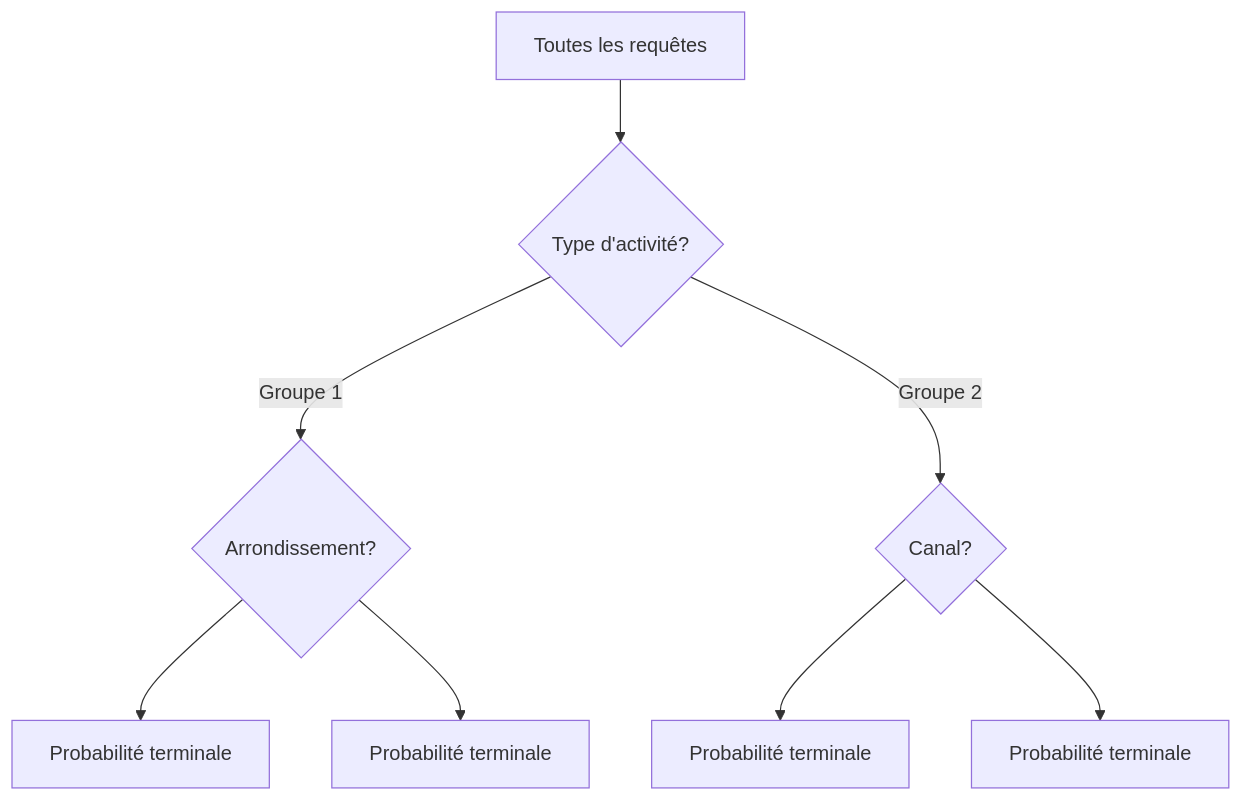
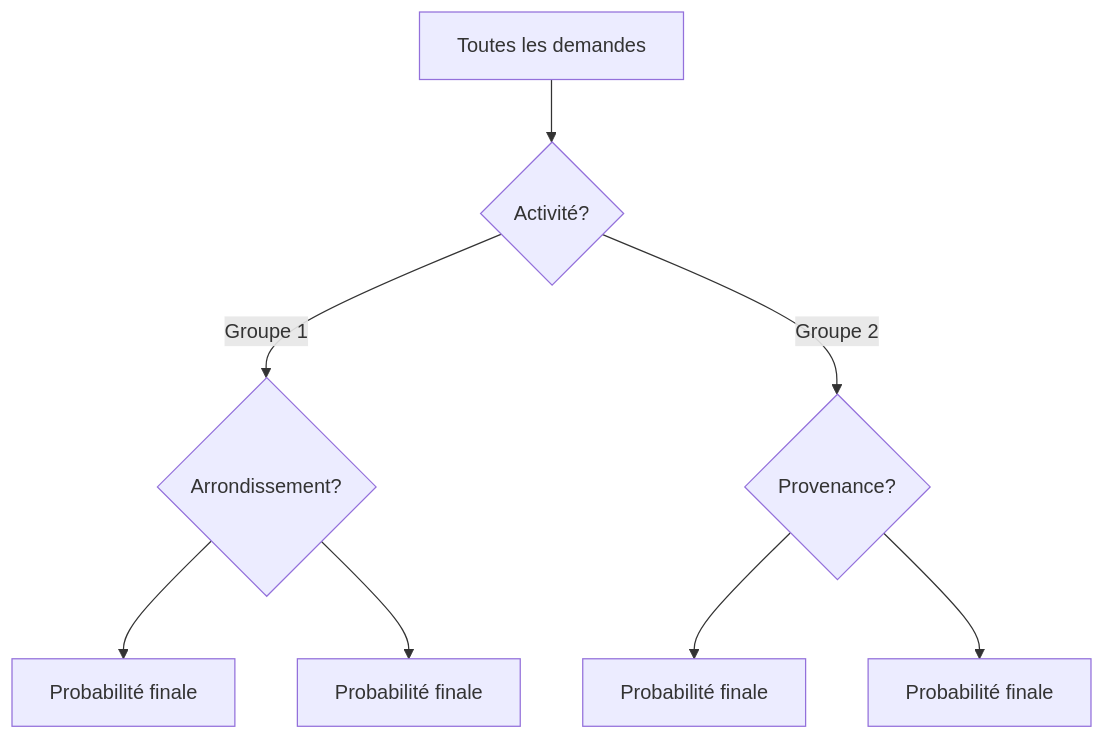
Before and after one commit to AurelienNicosiaULaval/eiom-2026-modelisation: the first of 3 diagrams in jour3/slides.qmd, drawn with Mermaid. The commit also changed other lines of this file and 12 other files, not shown here.

````diff
--- a/jour3/slides.qmd
+++ b/jour3/slides.qmd
@@ -147,10 +410,11 @@
 ```{mermaid}
+%%| echo: false
 flowchart TD
-  A["Toutes les requêtes"] --> B{"Type d'activité?"}
+  A["Toutes les demandes"] --> B{"Activité?"}
   B -->|"Groupe 1"| C{"Arrondissement?"}
-  B -->|"Groupe 2"| D{"Canal?"}
-  C --> E["Probabilité terminale"]
-  C --> F["Probabilité terminale"]
-  D --> G["Probabilité terminale"]
-  D --> H["Probabilité terminale"]
+  B -->|"Groupe 2"| D{"Provenance?"}
+  C --> E["Probabilité finale"]
+  C --> F["Probabilité finale"]
+  D --> G["Probabilité finale"]
+  D --> H["Probabilité finale"]
 ```
````
